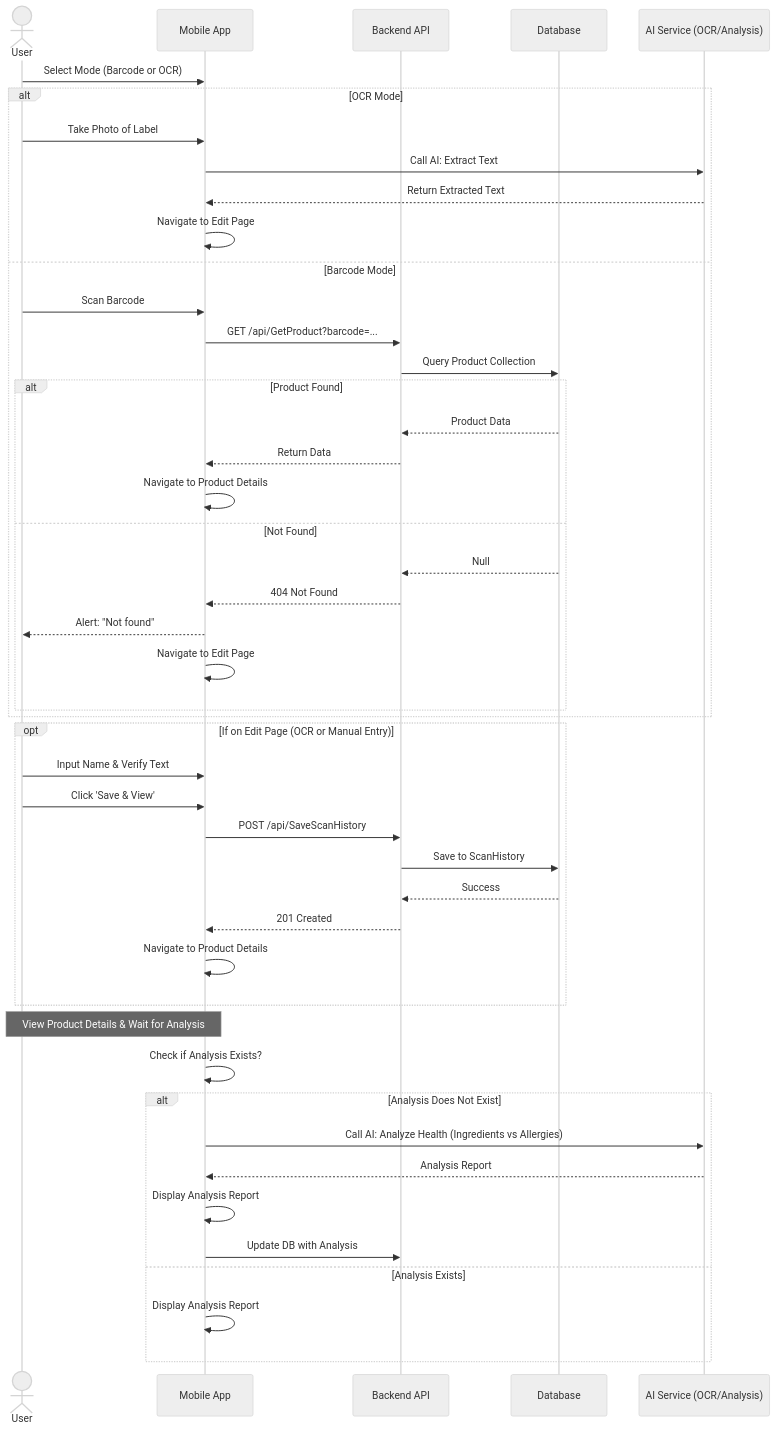
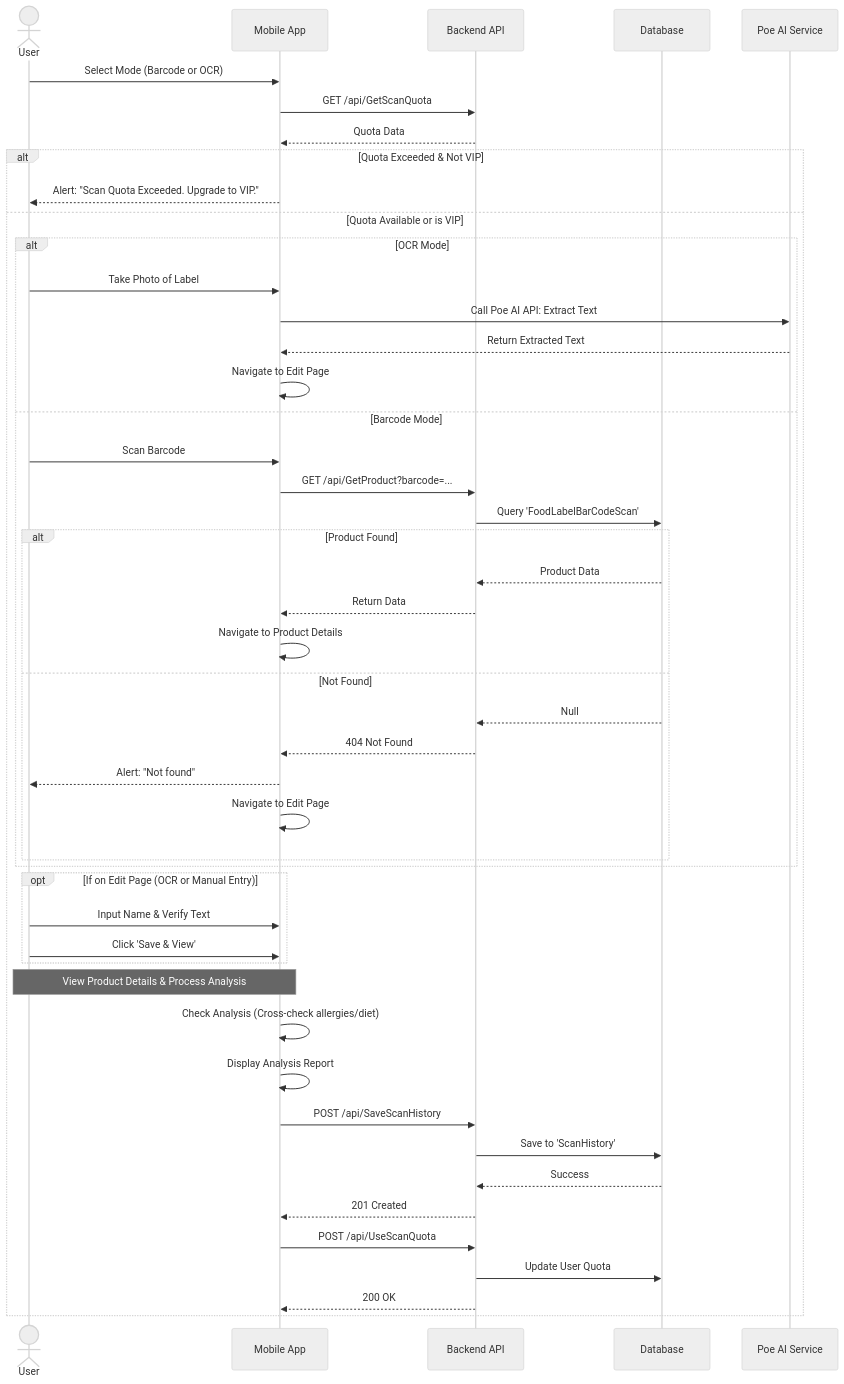
Before and after one commit to michaexxx2324/FYP: the third of 12 diagrams in SequenceDiagrams.md, drawn with Mermaid (neutral theme). The commit also changed other lines of this file and 4 other files, not shown here.

````diff
--- a/SequenceDiagrams.md
+++ b/SequenceDiagrams.md
@@ -80,55 +80,58 @@
 ```mermaid
 sequenceDiagram
     actor User
     participant App as Mobile App
     participant Server as Backend API
     participant DB as Database
-    participant AI as AI Service (OCR/Analysis)
+    participant AI as Poe AI Service
 
     User->>App: Select Mode (Barcode or OCR)
+    
+    App->>Server: GET /api/GetScanQuota
+    Server-->>App: Quota Data
+    
+    alt Quota Exceeded & Not VIP
+        App-->>User: Alert: "Scan Quota Exceeded. Upgrade to VIP."
+    else Quota Available or is VIP
+        alt OCR Mode
+            User->>App: Take Photo of Label
+            App->>AI: Call Poe AI API: Extract Text
+            AI-->>App: Return Extracted Text
+            App->>App: Navigate to Edit Page
+        else Barcode Mode
+            User->>App: Scan Barcode
+            App->>Server: GET /api/GetProduct?barcode=...
+            Server->>DB: Query 'FoodLabelBarCodeScan'
+            
+            alt Product Found
+                DB-->>Server: Product Data
+                Server-->>App: Return Data
+                App->>App: Navigate to Product Details
+            else Not Found
+                DB-->>Server: Null
+                Server-->>App: 404 Not Found
+                App-->>User: Alert: "Not found"
+                App->>App: Navigate to Edit Page
+            end
+        end
 
-    alt OCR Mode
-        User->>App: Take Photo of Label
-        App->>AI: Call AI: Extract Text
-        AI-->>App: Return Extracted Text
-        App->>App: Navigate to Edit Page
-    else Barcode Mode
-        User->>App: Scan Barcode
-        App->>Server: GET /api/GetProduct?barcode=...
-        Server->>DB: Query Product Collection
+        opt If on Edit Page (OCR or Manual Entry)
+            User->>App: Input Name & Verify Text
+            User->>App: Click 'Save & View'
+        end
+
+        Note over App, User: View Product Details & Process Analysis
         
-        alt Product Found
-            DB-->>Server: Product Data
-            Server-->>App: Return Data
-            App->>App: Navigate to Product Details
-        else Not Found
-            DB-->>Server: Null
-            Server-->>App: 404 Not Found
-            App-->>User: Alert: "Not found"
-            App->>App: Navigate to Edit Page
-        end
-    end
-
-    opt If on Edit Page (OCR or Manual Entry)
-        User->>App: Input Name & Verify Text
-        User->>App: Click 'Save & View'
+        App->>App: Check Analysis (Cross-check allergies/diet)
+        App->>App: Display Analysis Report
+        
         App->>Server: POST /api/SaveScanHistory
-        Server->>DB: Save to ScanHistory
+        Server->>DB: Save to 'ScanHistory'
         DB-->>Server: Success
         Server-->>App: 201 Created
-        App->>App: Navigate to Product Details
-    end
-
-    Note over App, User: View Product Details & Wait for Analysis
-
-    App->>App: Check if Analysis Exists?
-    
-    alt Analysis Does Not Exist
-        App->>AI: Call AI: Analyze Health (Ingredients vs Allergies)
-        AI-->>App: Analysis Report
-        App->>App: Display Analysis Report
-        App->>Server: Update DB with Analysis
-    else Analysis Exists
-        App->>App: Display Analysis Report
+        
+        App->>Server: POST /api/UseScanQuota
+        Server->>DB: Update User Quota
+        Server-->>App: 200 OK
     end
 ```
````
